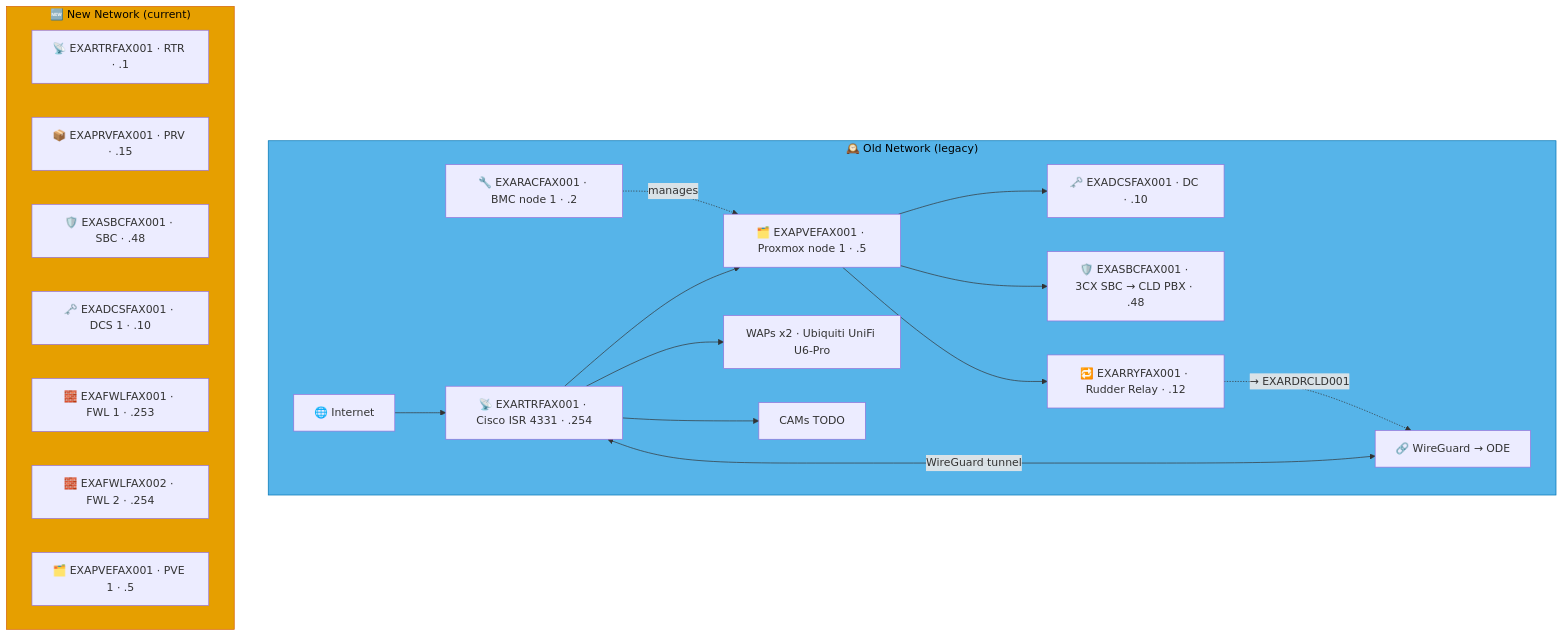
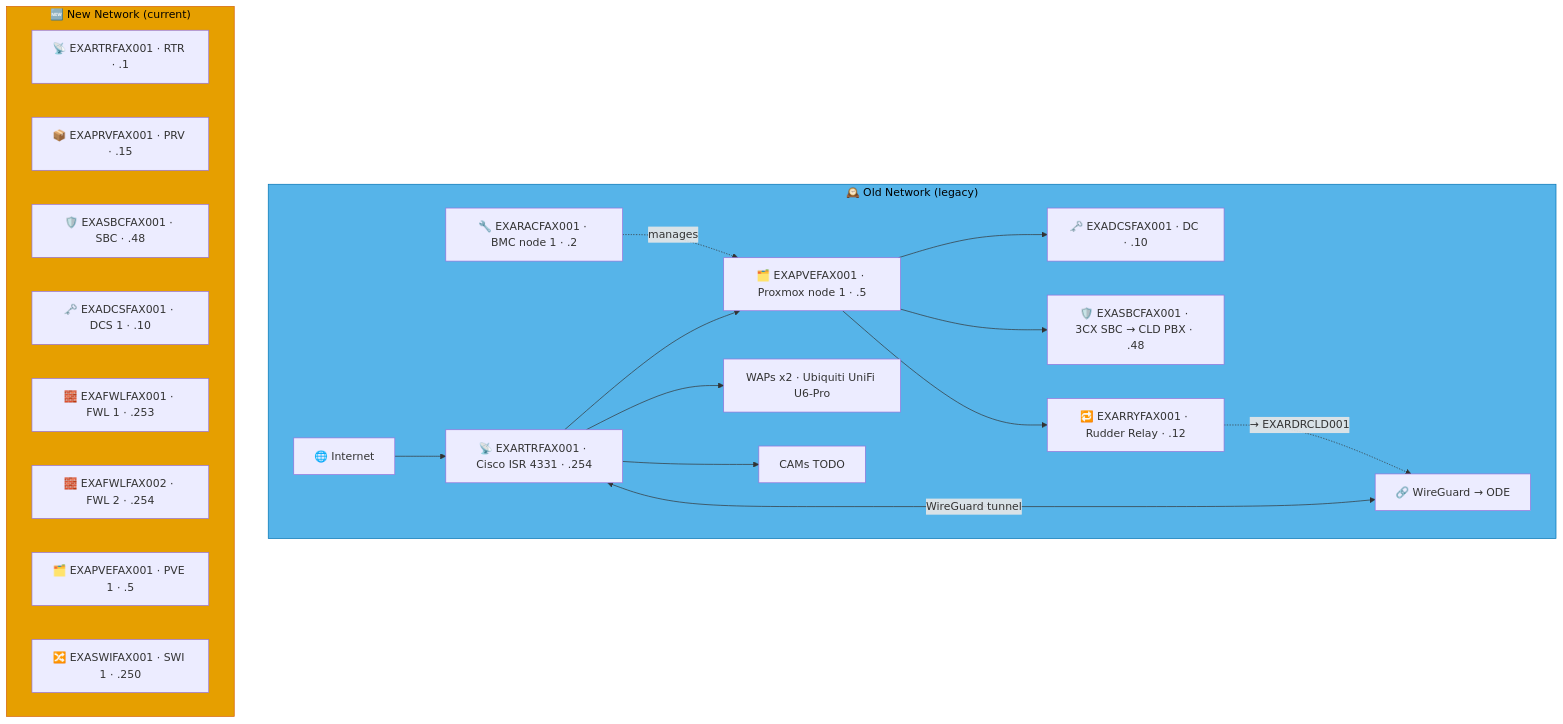
One commit to knightmare2600/example_music_infra changed the fourth of 9 diagrams in docs/network-diagram/danmark.md. Above: the diagram before and after it, drawn with Mermaid. The commit also changed other lines of this file and 12 other files, not shown here.

````diff
--- a/docs/network-diagram/danmark.md
+++ b/docs/network-diagram/danmark.md
@@ -187,36 +189,37 @@
 ```mermaid
 graph TD
     subgraph OLD_FAX ["🕰️ Old Network (legacy)"]
       INET["🌐 Internet"]
       RTR["📡 EXARTRFAX001 · Cisco ISR 4331 · .254"]
       RAC["🔧 EXARACFAX001 · BMC node 1 · .2"]
       PVE["🗂️ EXAPVEFAX001 · Proxmox node 1 · .5"]
       DC["🗝️ EXADCSFAX001 · DC · .10"]
       SBC["🛡️ EXASBCFAX001 · 3CX SBC → CLD PBX · .48"]
       RRY["🔁 EXARRYFAX001 · Rudder Relay · .12"]
       WAP["WAPs x2 · Ubiquiti UniFi U6-Pro"]
       CAM["CAMs TODO"]
       VPN["🔗 WireGuard → ODE"]
 
       INET --> RTR --> PVE --> DC & SBC
       RAC -.->|"manages"| PVE
       RTR --> WAP & CAM
       RTR <-->|"WireGuard tunnel"| VPN
 
       PVE --> RRY
       RRY -. "→ EXARDRCLD001" .-> VPN
     end
     style OLD_FAX fill:#56B4E9,stroke:#0072B2,color:#000000
     %% GENERATED:NEW-NETWORK:FAX:START
     subgraph NEW_FAX ["🆕 New Network (current)"]
       N_RTR["📡 EXARTRFAX001 · RTR · .1"]
       N_PRV["📦 EXAPRVFAX001 · PRV · .15"]
       N_SBC["🛡️ EXASBCFAX001 · SBC · .48"]
       N_DCS["🗝️ EXADCSFAX001 · DCS 1 · .10"]
       N_FWL["🧱 EXAFWLFAX001 · FWL 1 · .253"]
       N_FWL2["🧱 EXAFWLFAX002 · FWL 2 · .254"]
       N_PVE["🗂️ EXAPVEFAX001 · PVE 1 · .5"]
+      N_SWI["🔀 EXASWIFAX001 · SWI 1 · .250"]
     end
     style NEW_FAX fill:#E69F00,stroke:#D55E00,color:#000000
     %% GENERATED:NEW-NETWORK:FAX:END
 ```
````
